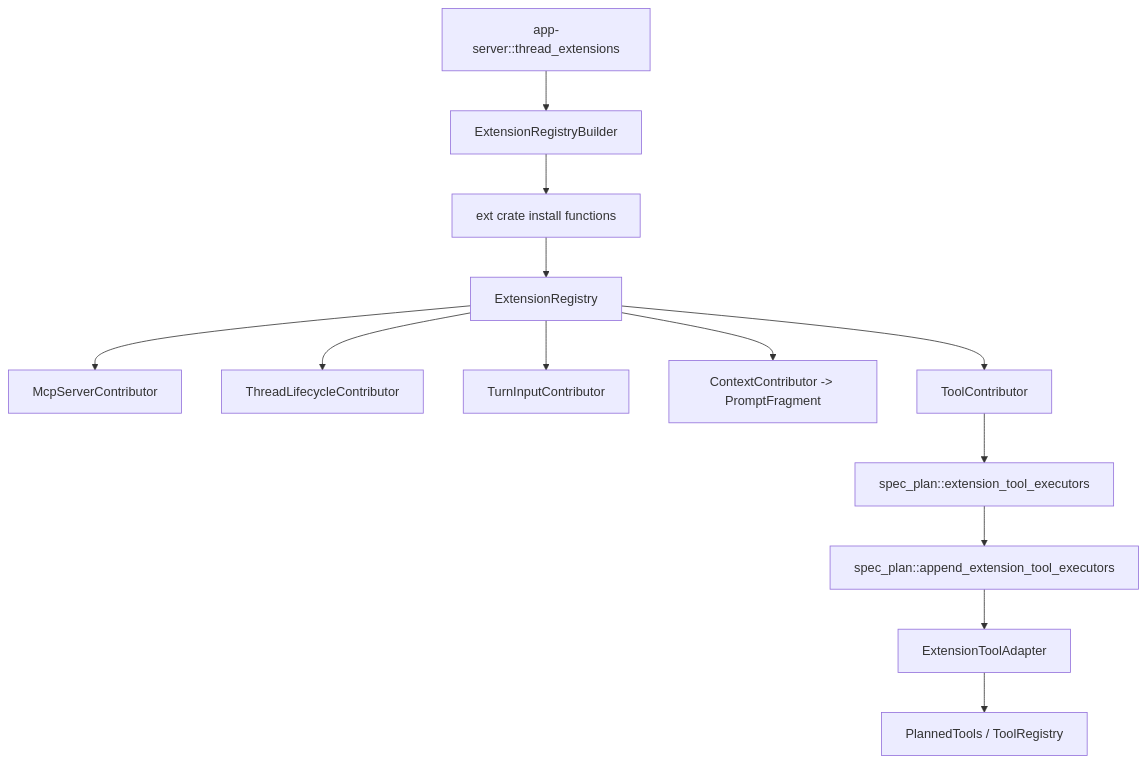
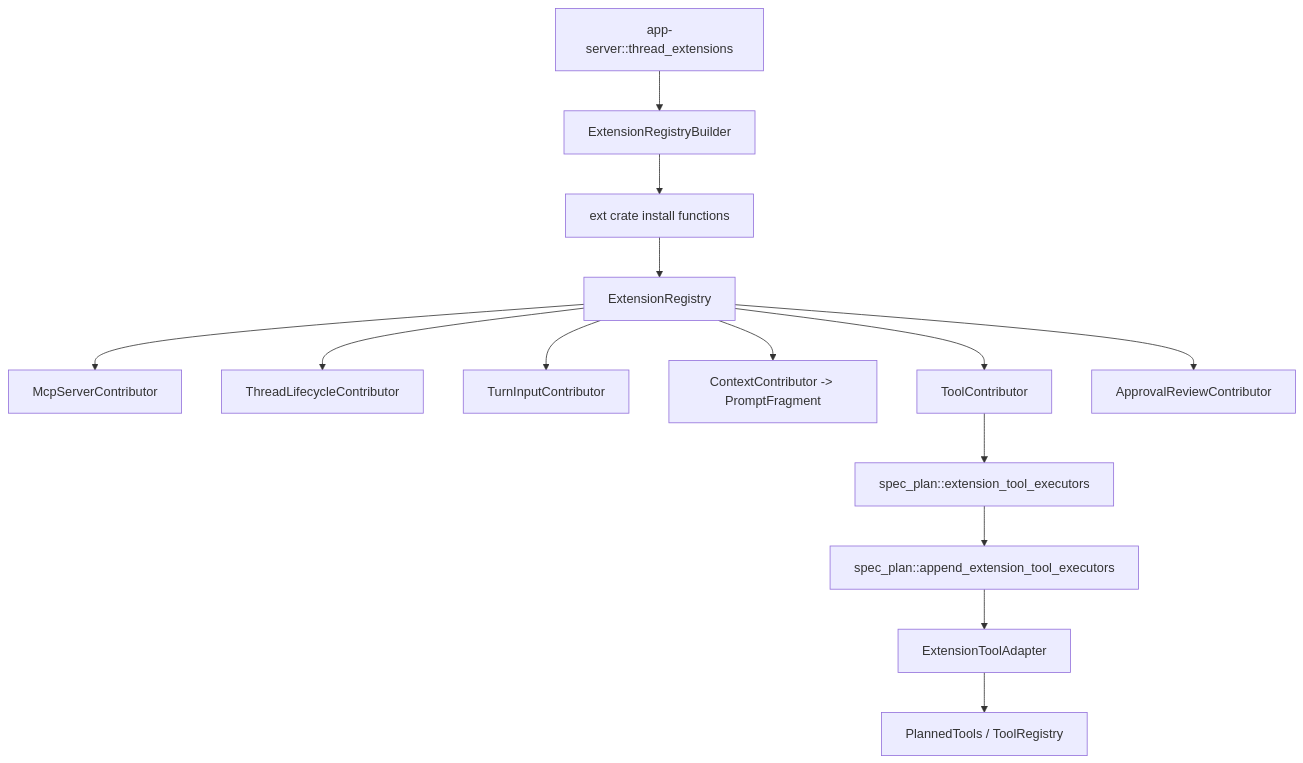
The diagram in docs/llm-wiki/codex/spine/extension-system.md (wdnmdtonyma/SOTA-Agent-LLM-Wiki), drawn with Mermaid before and after one commit. The commit also changed other lines of this file and 197 other files, not shown here.

````diff
--- a/docs/llm-wiki/codex/spine/extension-system.md
+++ b/docs/llm-wiki/codex/spine/extension-system.md
@@ -26,15 +26,16 @@
 ```mermaid
 flowchart TD
     HOST["app-server::thread_extensions"] --> BUILDER["ExtensionRegistryBuilder<Config>"]
     BUILDER --> INSTALL["ext crate install functions"]
     INSTALL --> REGISTRY["ExtensionRegistry<Config>"]
     REGISTRY --> MCP["McpServerContributor"]
     REGISTRY --> LIFE["ThreadLifecycleContributor"]
     REGISTRY --> TURNINPUT["TurnInputContributor"]
     REGISTRY --> PROMPT["ContextContributor -> PromptFragment"]
     REGISTRY --> TOOLS["ToolContributor"]
+    REGISTRY --> REVIEW["ApprovalReviewContributor"]
     TOOLS --> EXECUTORS["spec_plan::extension_tool_executors"]
     EXECUTORS --> PLAN["spec_plan::append_extension_tool_executors"]
     PLAN --> ADAPTER["ExtensionToolAdapter"]
     ADAPTER --> CORE["PlannedTools / ToolRegistry"]
 ```
````
